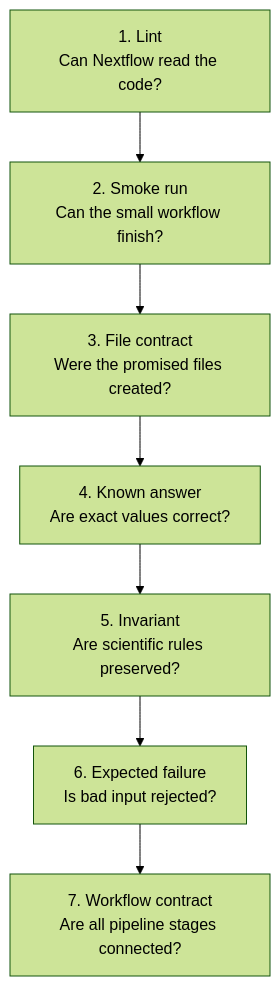
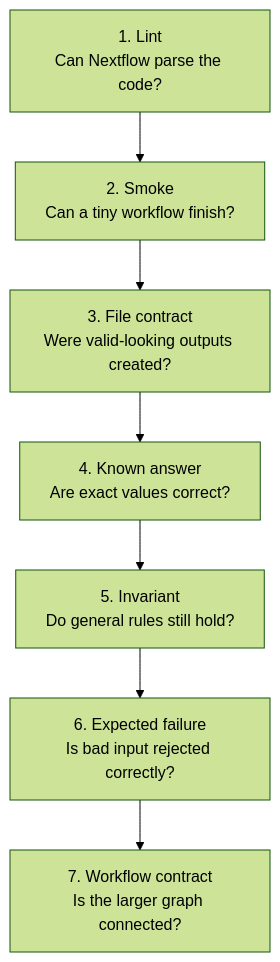
The second of 4 diagrams in content/posts/week-07-rnaseq-in-seven-minutes.md (Caffeinated-Code/Bioinformatics_Field_Guide), drawn with Mermaid (forest theme) before and after one commit. The commit also changed other lines of this file and 19 other files, not shown here.

````diff
--- a/content/posts/week-07-rnaseq-in-seven-minutes.md
+++ b/content/posts/week-07-rnaseq-in-seven-minutes.md
@@ -91,9 +141,9 @@
 ```mermaid
 flowchart TB
-  lint["1. Lint<br/>Can Nextflow read the code?"] --> smoke["2. Smoke run<br/>Can the small workflow finish?"]
-  smoke --> files["3. File contract<br/>Were the promised files created?"]
+  lint["1. Lint<br/>Can Nextflow parse the code?"] --> smoke["2. Smoke<br/>Can a tiny workflow finish?"]
+  smoke --> files["3. File contract<br/>Were valid-looking outputs created?"]
   files --> answer["4. Known answer<br/>Are exact values correct?"]
-  answer --> rule["5. Invariant<br/>Are scientific rules preserved?"]
-  rule --> negative["6. Expected failure<br/>Is bad input rejected?"]
-  negative --> wiring["7. Workflow contract<br/>Are all pipeline stages connected?"]
+  answer --> rule["5. Invariant<br/>Do general rules still hold?"]
+  rule --> negative["6. Expected failure<br/>Is bad input rejected correctly?"]
+  negative --> wiring["7. Workflow contract<br/>Is the larger graph connected?"]
 ```
````
